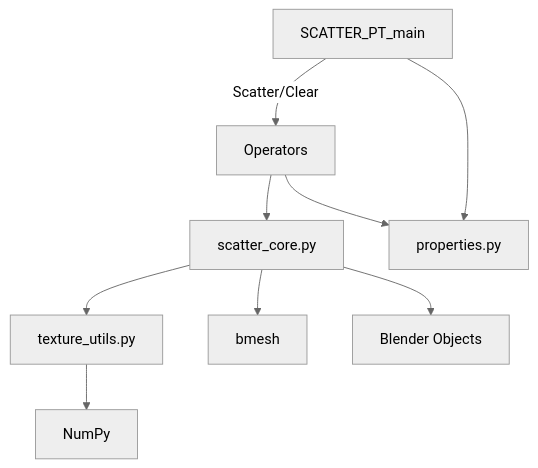
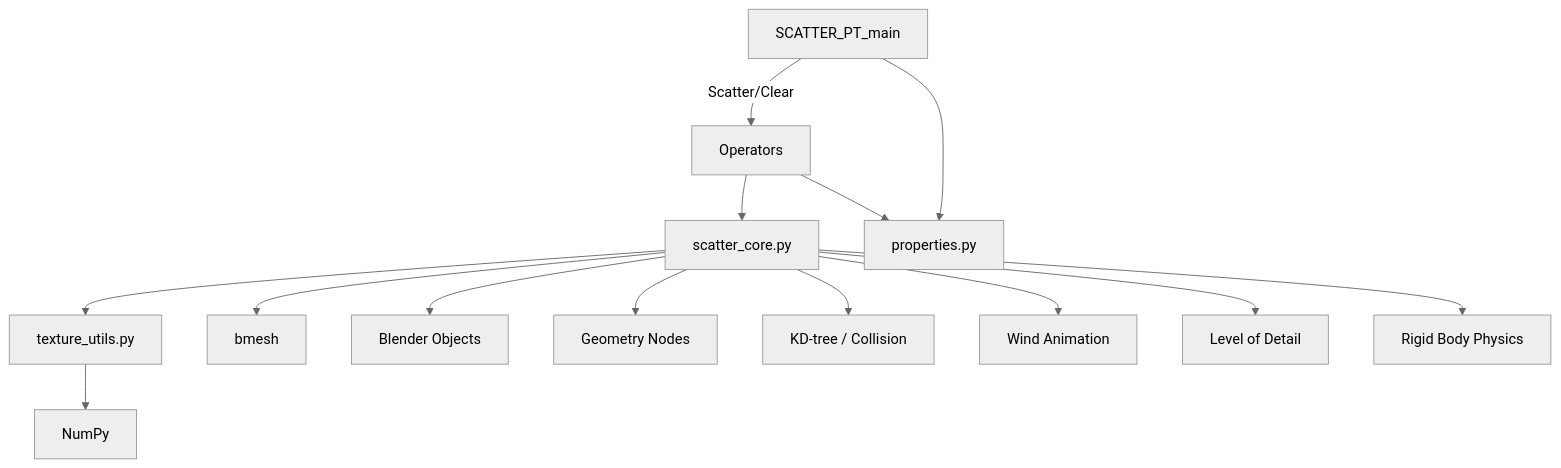
One commit to Skinixxx/blender-scatter-addon-source changed the diagram in README.md. Above: the diagram before and after it, drawn with Mermaid (neutral theme). The commit also changed other lines of this file and 14 other files, not shown here.

````diff
--- a/README.md
+++ b/README.md
@@ -62,11 +75,16 @@
 ```mermaid
 graph TD
     UI[SCATTER_PT_main] -->|Scatter/Clear| Op[Operators]
     Op --> Core[scatter_core.py]
     Core --> Tex[texture_utils.py]
     Core --> BM[bmesh]
     Tex --> NP[NumPy]
     Core --> Obj[Blender Objects]
     Op --> Props[properties.py]
     UI --> Props
+    Core --> GN[Geometry Nodes]
+    Core --> KD[KD-tree / Collision]
+    Core --> Wind[Wind Animation]
+    Core --> LOD[Level of Detail]
+    Core --> Phys[Rigid Body Physics]
 ```
````
